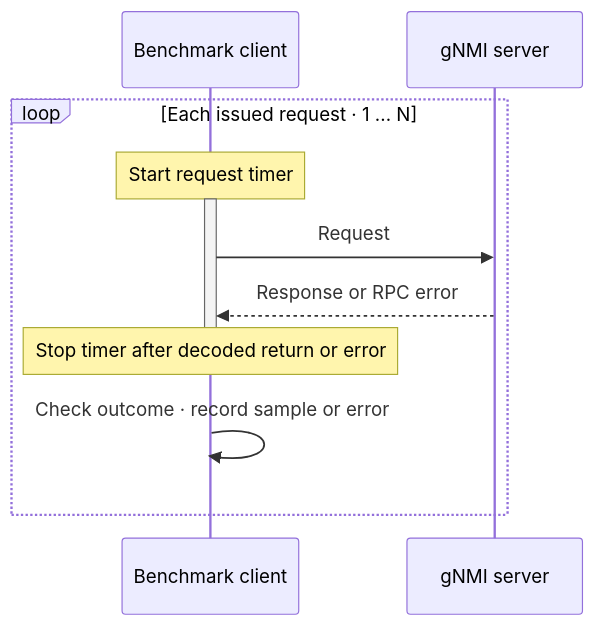
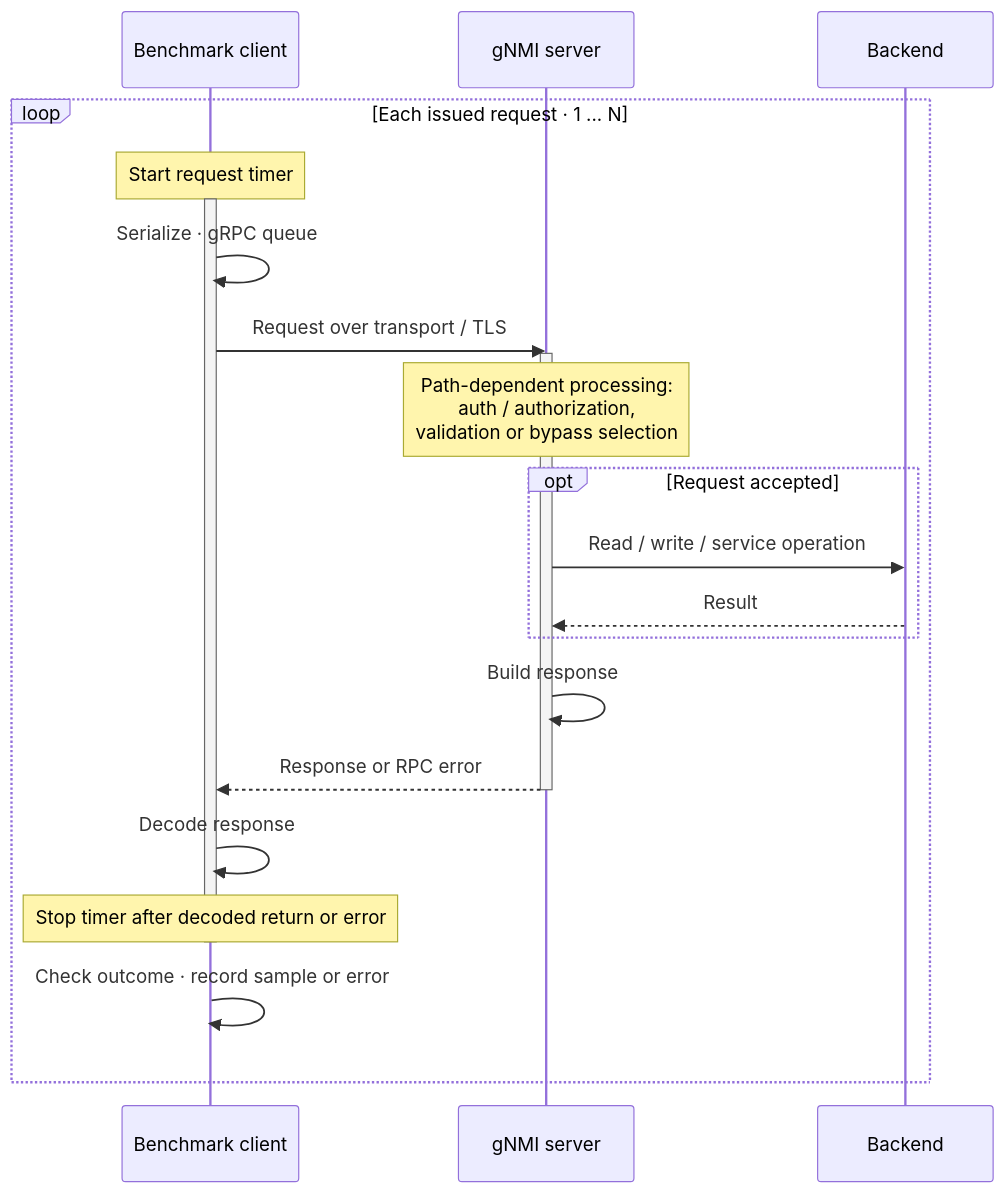
Before and after one commit to sonic-net/sonic-mgmt: the second of 2 diagrams in docs/testplan/gnmi-benchmark-design.md, drawn with Mermaid. The commit also changed other lines of this file, not shown here.

Commit message:
Document operations included in request latency

````diff
--- a/docs/testplan/gnmi-benchmark-design.md
+++ b/docs/testplan/gnmi-benchmark-design.md
@@ -76,14 +76,25 @@
 ```mermaid
 sequenceDiagram
     participant Client as Benchmark client
     participant DUT as gNMI server
+    participant Backend as Backend
     loop Each issued request · 1 ... N
         Note over Client: Start request timer
         activate Client
-        Client->>DUT: Request
+        Client->>Client: Serialize · gRPC queue
+        Client->>DUT: Request over transport / TLS
+        activate DUT
+        Note over DUT: Path-dependent processing:<br/>auth / authorization,<br/>validation or bypass selection
+        opt Request accepted
+            DUT->>Backend: Read / write / service operation
+            Backend-->>DUT: Result
+        end
+        DUT->>DUT: Build response
         DUT-->>Client: Response or RPC error
+        deactivate DUT
+        Client->>Client: Decode response
         Note over Client: Stop timer after decoded return or error
         deactivate Client
         Client->>Client: Check outcome · record sample or error
     end
 ```
````
